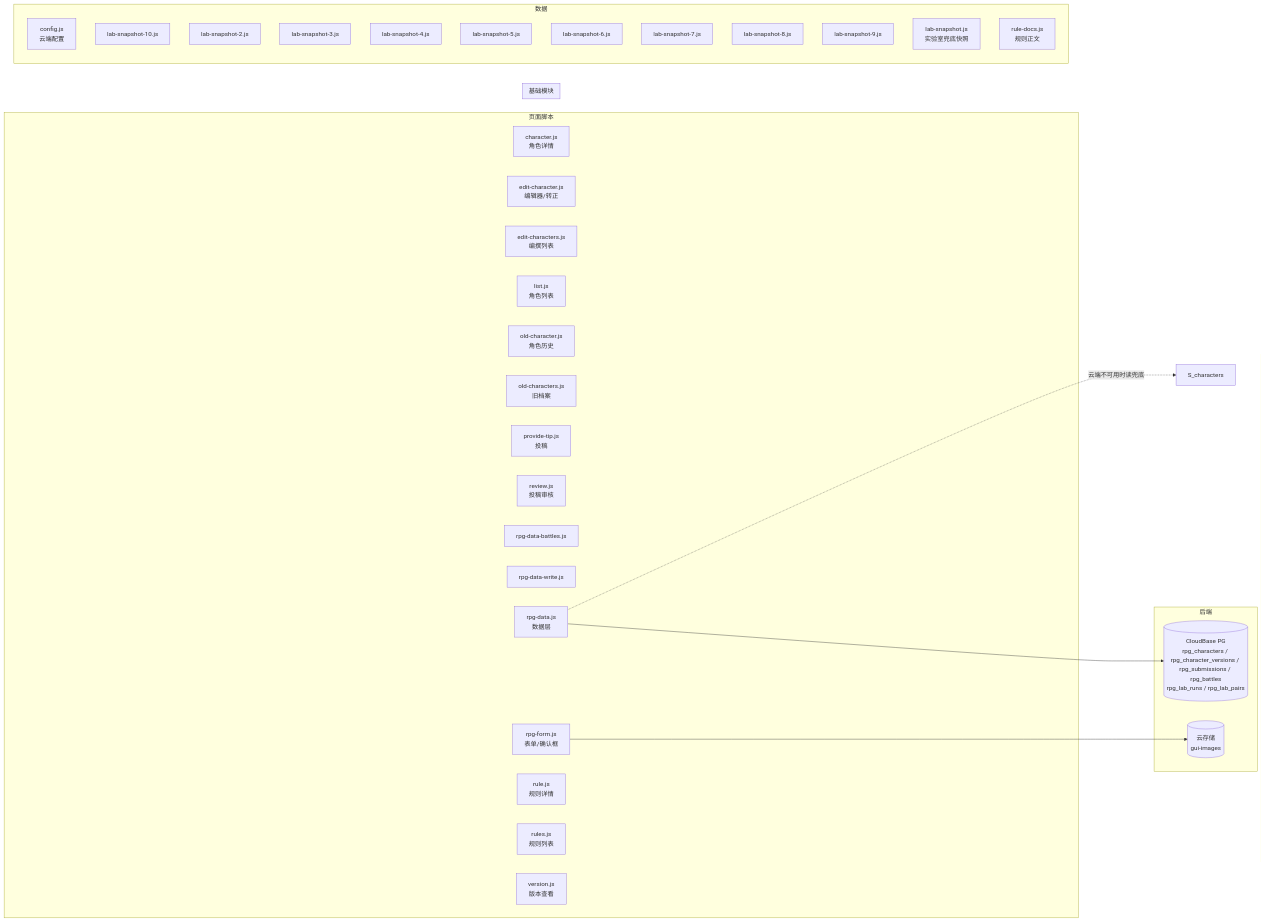
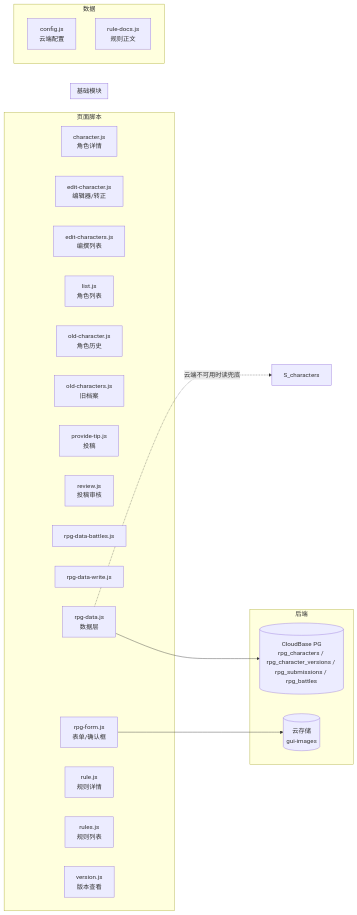
One commit to cangwu-protect-union/cangwu-protect-union.github.io changed the second of 2 diagrams in rpg6.0/架构.md. Above: the diagram before and after it, drawn with Mermaid. The commit also changed other lines of this file and 64 other files, not shown here.

````diff
--- a/rpg6.0/架构.md
+++ b/rpg6.0/架构.md
@@ -95,53 +90,43 @@
 ```mermaid
 flowchart LR
 
   subgraph scriptLayer2["页面脚本"]
     S_character["character.js<br/>角色详情"]
     S_edit_character["edit-character.js<br/>编辑器/转正"]
     S_edit_characters["edit-characters.js<br/>编撰列表"]
     S_list["list.js<br/>角色列表"]
     S_old_character["old-character.js<br/>角色历史"]
     S_old_characters["old-characters.js<br/>旧档案"]
     S_provide_tip["provide-tip.js<br/>投稿"]
     S_review["review.js<br/>投稿审核"]
     S_rpg_data_battles["rpg-data-battles.js"]
     S_rpg_data_write["rpg-data-write.js"]
     S_rpg_data["rpg-data.js<br/>数据层"]
     S_rpg_form["rpg-form.js<br/>表单/确认框"]
     S_rule["rule.js<br/>规则详情"]
     S_rules["rules.js<br/>规则列表"]
     S_version["version.js<br/>版本查看"]
   end
 
   subgraph baseLayer["基础模块"]
   end
 
   subgraph dataLayer["数据"]
     D_config["config.js<br/>云端配置"]
-    D_lab_snapshot_10["lab-snapshot-10.js"]
-    D_lab_snapshot_2["lab-snapshot-2.js"]
-    D_lab_snapshot_3["lab-snapshot-3.js"]
-    D_lab_snapshot_4["lab-snapshot-4.js"]
-    D_lab_snapshot_5["lab-snapshot-5.js"]
-    D_lab_snapshot_6["lab-snapshot-6.js"]
-    D_lab_snapshot_7["lab-snapshot-7.js"]
-    D_lab_snapshot_8["lab-snapshot-8.js"]
-    D_lab_snapshot_9["lab-snapshot-9.js"]
-    D_lab_snapshot["lab-snapshot.js<br/>实验室兜底快照"]
     D_rule_docs["rule-docs.js<br/>规则正文"]
   end
 
   subgraph backend["后端"]
-    DB[("CloudBase PG<br/>rpg_characters / rpg_character_versions / rpg_submissions / rpg_battles<br/>rpg_lab_runs / rpg_lab_pairs")]
+    DB[("CloudBase PG<br/>rpg_characters / rpg_character_versions / rpg_submissions / rpg_battles")]
     ST[("云存储<br/>gui-images")]
   end
 
   %% 页面脚本 → 基础模块
 
   %% 配置与兜底数据
   S_rpg_data -.云端不可用时读兜底.-> S_characters
 
   %% 后端
   S_rpg_data --> DB
   S_rpg_form --> ST
 ```
````
